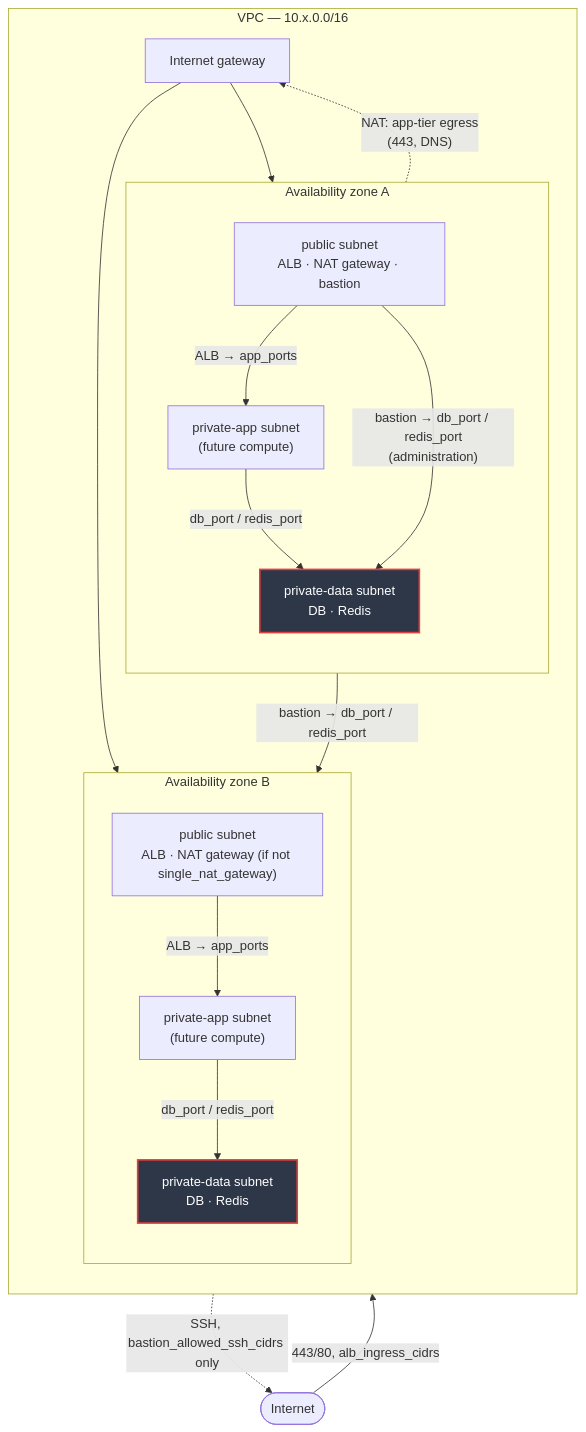
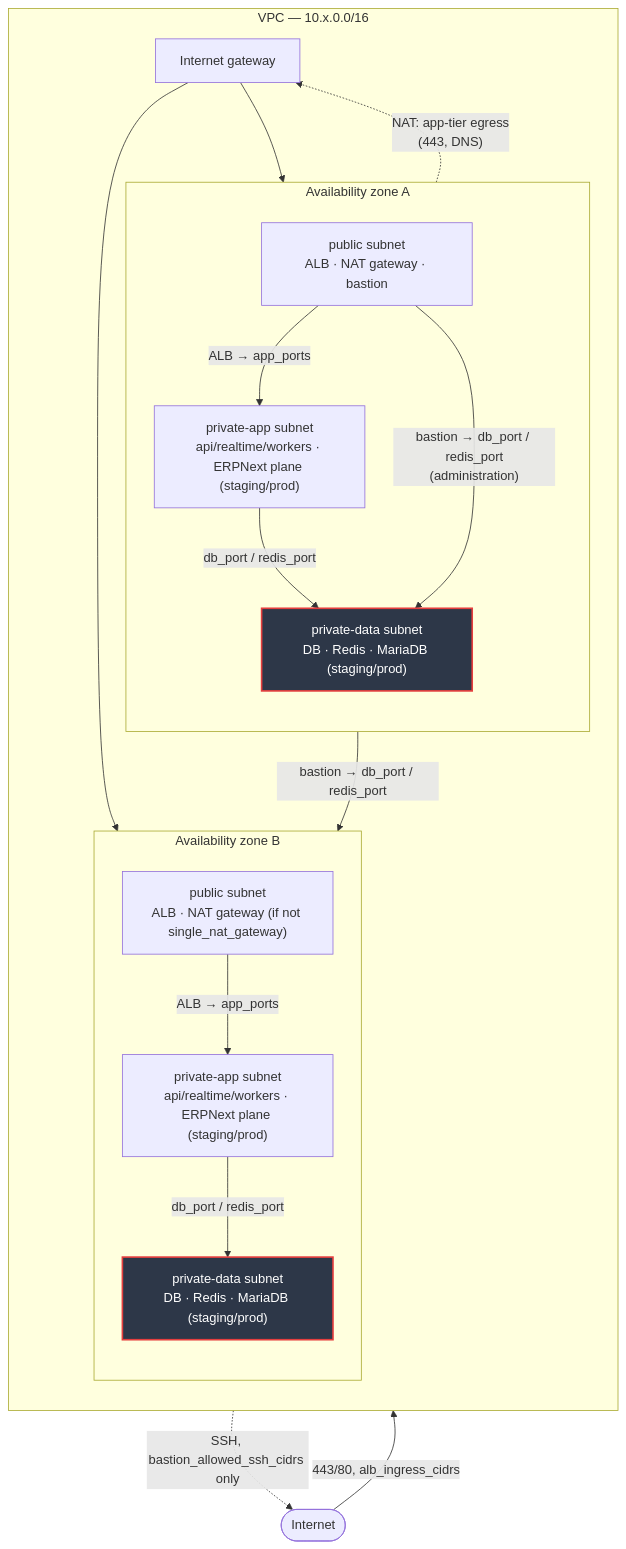
The diagram in docs/runbooks/network-diagram.md (yousefomar3003/studafy), drawn with Mermaid before and after one commit. The commit also changed other lines of this file and 40 other files, not shown here.

First line of the commit message:
infra(terraform): apply staging environment end-to-end + ERPNext/Frappe Education plane

````diff
--- a/docs/runbooks/network-diagram.md
+++ b/docs/runbooks/network-diagram.md
@@ -8,39 +8,39 @@
 ```mermaid
 flowchart TB
     internet(["Internet"])
 
     subgraph vpc["VPC — 10.x.0.0/16"]
         direction TB
 
         subgraph azA["Availability zone A"]
             direction TB
             pubA["public subnet\nALB · NAT gateway · bastion"]
-            appA["private-app subnet\n(future compute)"]
-            dataA["private-data subnet\nDB · Redis"]
+            appA["private-app subnet\napi/realtime/workers · ERPNext plane (staging/prod)"]
+            dataA["private-data subnet\nDB · Redis · MariaDB (staging/prod)"]
         end
 
         subgraph azB["Availability zone B"]
             direction TB
             pubB["public subnet\nALB · NAT gateway (if not single_nat_gateway)"]
-            appB["private-app subnet\n(future compute)"]
-            dataB["private-data subnet\nDB · Redis"]
+            appB["private-app subnet\napi/realtime/workers · ERPNext plane (staging/prod)"]
+            dataB["private-data subnet\nDB · Redis · MariaDB (staging/prod)"]
         end
 
         igw["Internet gateway"]
     end
 
     internet -->|"443/80, alb_ingress_cidrs"| igw
     igw --> pubA
     igw --> pubB
     pubA -->|"ALB → app_ports"| appA
     pubB -->|"ALB → app_ports"| appB
     appA -->|"db_port / redis_port"| dataA
     appB -->|"db_port / redis_port"| dataB
     pubA -.->|"NAT: app-tier egress\n(443, DNS)"| igw
     pubA -.->|"SSH, bastion_allowed_ssh_cidrs only"| internet
     pubA -->|"bastion → db_port / redis_port\n(administration)"| dataA
     pubA -->|"bastion → db_port / redis_port"| dataB
 
     style dataA fill:#2d3748,color:#fff,stroke:#e53e3e,stroke-width:2px
     style dataB fill:#2d3748,color:#fff,stroke:#e53e3e,stroke-width:2px
 ```
````
